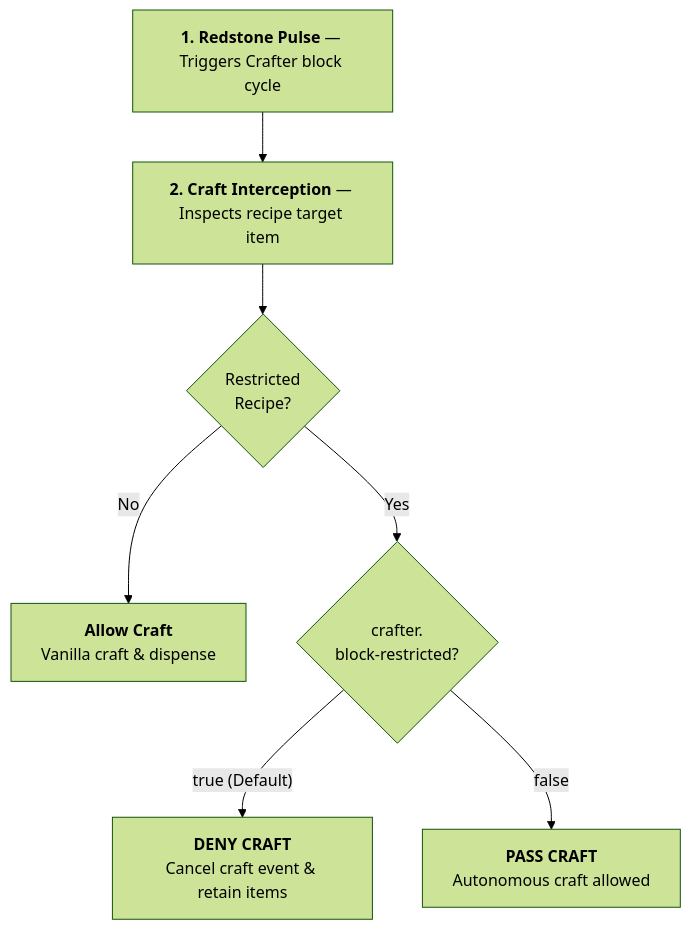
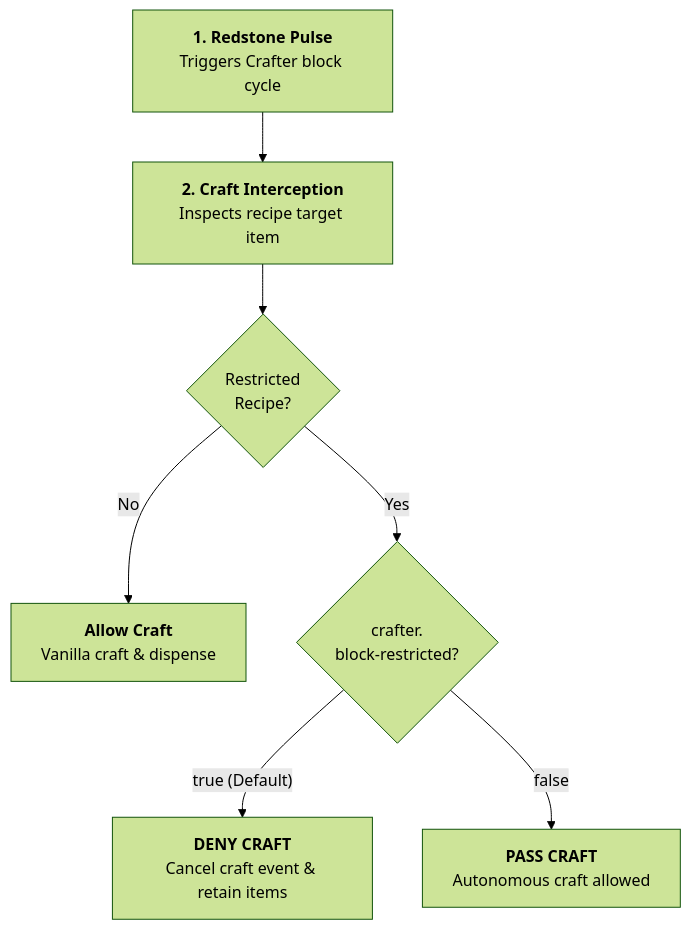
Before and after one commit to XZtotal/CraftingBlueprints-Wiki: the second of 2 diagrams in docs/mechanics/crafter-automation.md, drawn with Mermaid (forest theme). The commit also changed 24 other files, not shown here.

````diff
--- a/docs/mechanics/crafter-automation.md
+++ b/docs/mechanics/crafter-automation.md
@@ -30,10 +30,17 @@
 ```mermaid
 flowchart TD
-    Pulse["<b>1. Redstone Pulse</b> — Triggers Crafter block cycle"]
-    --> Intercept["<b>2. Craft Interception</b> — Inspects recipe target item"]
-    --> Check{"Restricted<br/>Recipe?"}
-    Check -->|No| Allow["<b>Allow Craft</b><br/>Vanilla craft & dispense"]
-    Check -->|Yes| Config{"crafter.<br/>block-restricted?"}
-    Config -->|"true (Default)"| Block["<b>DENY CRAFT</b><br/>Cancel craft event & retain items"]
-    Config -->|false| Pass["<b>PASS CRAFT</b><br/>Autonomous craft allowed"]
+    Pulse["<b>1. Redstone Pulse</b><br/>Triggers Crafter block cycle"]
+    Intercept["<b>2. Craft Interception</b><br/>Inspects recipe target item"]
+    Check{"Restricted<br/>Recipe?"}
+    Allow["<b>Allow Craft</b><br/>Vanilla craft &amp; dispense"]
+    Config{"crafter.<br/>block-restricted?"}
+    Block["<b>DENY CRAFT</b><br/>Cancel craft event &amp; retain items"]
+    Pass["<b>PASS CRAFT</b><br/>Autonomous craft allowed"]
+
+    Pulse --> Intercept
+    Intercept --> Check
+    Check -->|No| Allow
+    Check -->|Yes| Config
+    Config -->|"true (Default)"| Block
+    Config -->|false| Pass
 ```
````
